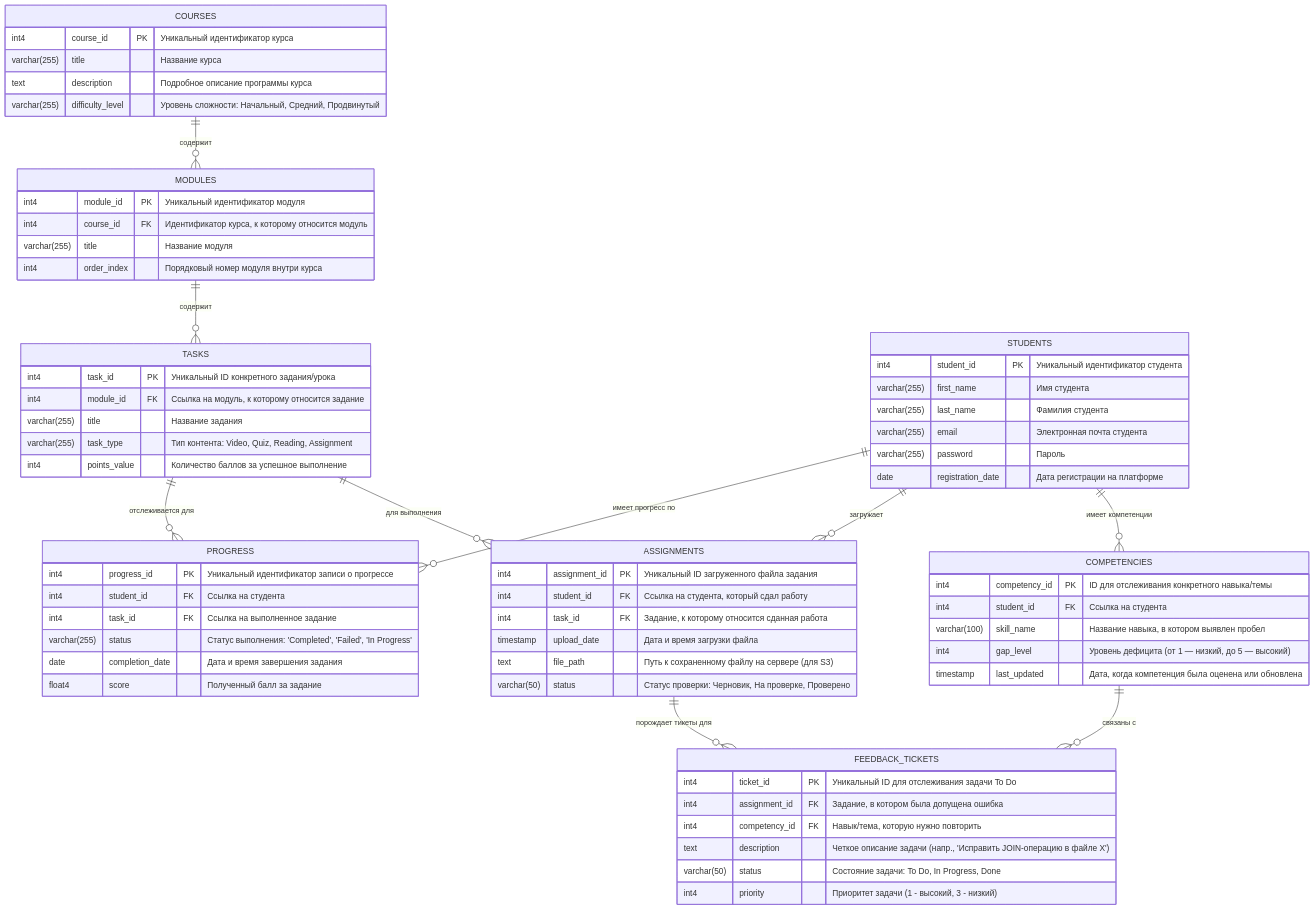
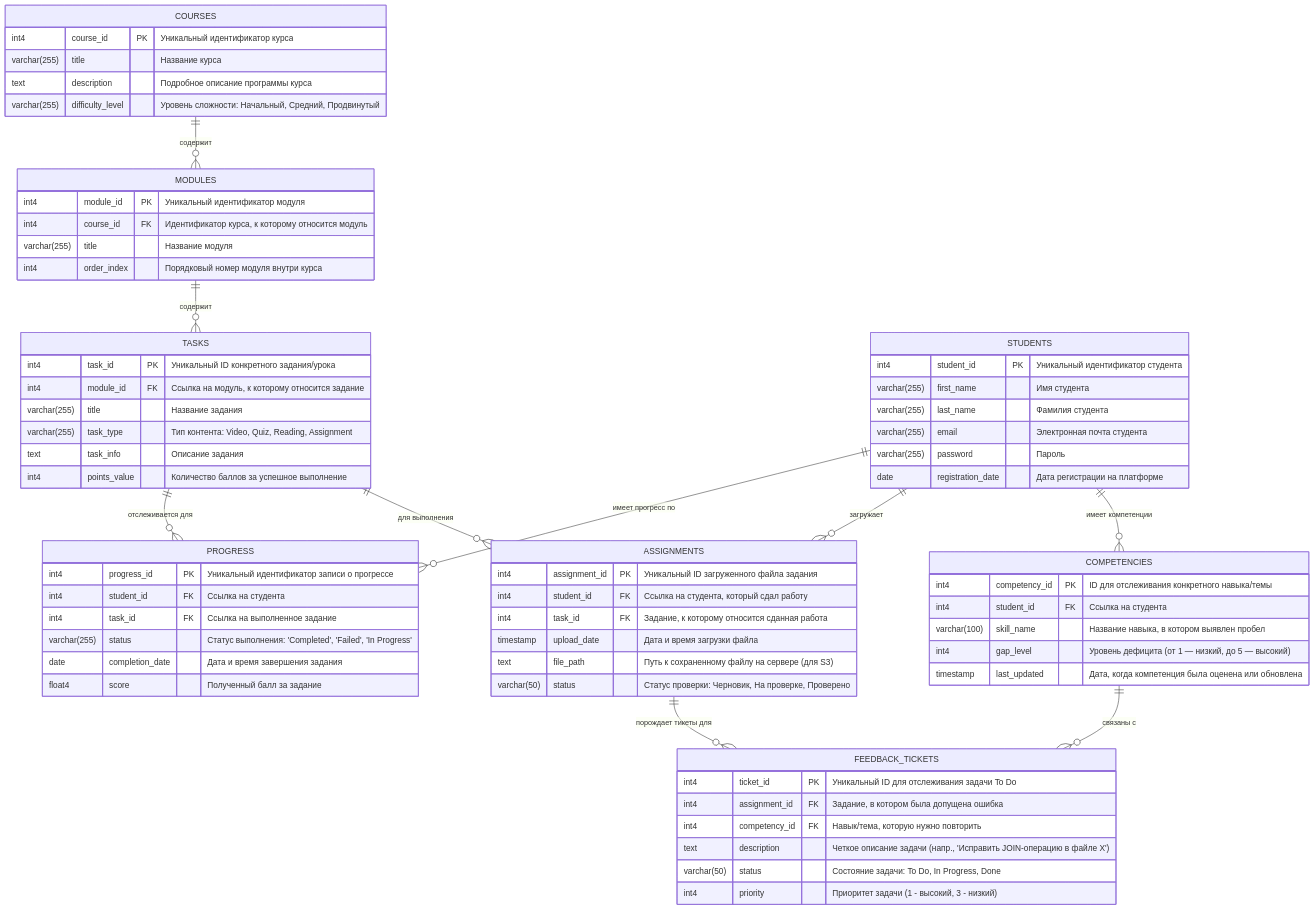
Before and after one commit to BruhWhyMeHaveNoIdea/Hack_Change: the diagram in docs/db-schema.md, drawn with Mermaid.

Commit message:
docs: task info to schema

````diff
--- a/docs/db-schema.md
+++ b/docs/db-schema.md
@@ -3,78 +3,79 @@
 ```mermaid
 erDiagram
     COURSES ||--o{ MODULES : "содержит"
     MODULES ||--o{ TASKS : "содержит"
     STUDENTS ||--o{ PROGRESS : "имеет прогресс по"
     STUDENTS ||--o{ ASSIGNMENTS : "загружает"
     TASKS ||--o{ PROGRESS : "отслеживается для"
     TASKS ||--o{ ASSIGNMENTS : "для выполнения"
     ASSIGNMENTS ||--o{ FEEDBACK_TICKETS : "порождает тикеты для"
     STUDENTS ||--o{ COMPETENCIES : "имеет компетенции"
     COMPETENCIES ||--o{ FEEDBACK_TICKETS : "связаны с"
 
     COURSES {
         int4 course_id PK "Уникальный идентификатор курса"
         varchar(255) title "Название курса"
         text description "Подробное описание программы курса"
         varchar(255) difficulty_level "Уровень сложности: Начальный, Средний, Продвинутый"
     }
 
     MODULES {
         int4 module_id PK "Уникальный идентификатор модуля"
         int4 course_id FK "Идентификатор курса, к которому относится модуль"
         varchar(255) title "Название модуля"
         int4 order_index "Порядковый номер модуля внутри курса"
     }
 
     TASKS {
         int4 task_id PK "Уникальный ID конкретного задания/урока"
         int4 module_id FK "Ссылка на модуль, к которому относится задание"
         varchar(255) title "Название задания"
         varchar(255) task_type "Тип контента: Video, Quiz, Reading, Assignment"
+        text task_info "Описание задания"
         int4 points_value "Количество баллов за успешное выполнение"
     }
 
     STUDENTS {
         int4 student_id PK "Уникальный идентификатор студента"
         varchar(255) first_name "Имя студента"
         varchar(255) last_name "Фамилия студента"
         varchar(255) email "Электронная почта студента"
         varchar(255) password "Пароль"
         date registration_date "Дата регистрации на платформе"
     }
 
     PROGRESS {
         int4 progress_id PK "Уникальный идентификатор записи о прогрессе"
         int4 student_id FK "Ссылка на студента"
         int4 task_id FK "Ссылка на выполненное задание"
         varchar(255) status "Статус выполнения: 'Completed', 'Failed', 'In Progress'"
         date completion_date "Дата и время завершения задания"
         float4 score "Полученный балл за задание"
     }
 
     ASSIGNMENTS {
         int4 assignment_id PK "Уникальный ID загруженного файла задания"
         int4 student_id FK "Ссылка на студента, который сдал работу"
         int4 task_id FK "Задание, к которому относится сданная работа"
         timestamp upload_date "Дата и время загрузки файла"
         text file_path "Путь к сохраненному файлу на сервере (для S3)"
         varchar(50) status "Статус проверки: Черновик, На проверке, Проверено"
     }
 
     COMPETENCIES {
         int4 competency_id PK "ID для отслеживания конкретного навыка/темы"
         int4 student_id FK "Ссылка на студента"
         varchar(100) skill_name "Название навыка, в котором выявлен пробел"
         int4 gap_level "Уровень дефицита (от 1 — низкий, до 5 — высокий)"
         timestamp last_updated "Дата, когда компетенция была оценена или обновлена"
     }
 
     FEEDBACK_TICKETS {
         int4 ticket_id PK "Уникальный ID для отслеживания задачи To Do"
         int4 assignment_id FK "Задание, в котором была допущена ошибка"
         int4 competency_id FK "Навык/тема, которую нужно повторить"
         text description "Четкое описание задачи (напр., 'Исправить JOIN-операцию в файле X')"
         varchar(50) status "Состояние задачи: To Do, In Progress, Done"
         int4 priority "Приоритет задачи (1 - высокий, 3 - низкий)"
     }
 ```
````
